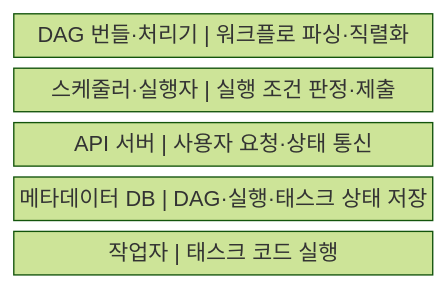
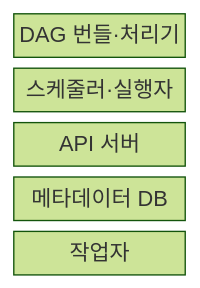
The first of 2 diagrams in src/content/docs/notes/03-software/139_data_pipeline_orchestration.md (agnusdei1207/knowledge-base), drawn with Mermaid (forest theme) before and after one commit. The commit also changed other lines of this file and 238 other files, not shown here.

````diff
--- a/src/content/docs/notes/03-software/139_data_pipeline_orchestration.md
+++ b/src/content/docs/notes/03-software/139_data_pipeline_orchestration.md
@@ -63,9 +63,9 @@
 ```mermaid
-block
+block-beta
     columns 1
-    A["DAG 번들·처리기 | 워크플로 파싱·직렬화"]
-    B["스케줄러·실행자 | 실행 조건 판정·제출"]
-    C["API 서버 | 사용자 요청·상태 통신"]
-    D["메타데이터 DB | DAG·실행·태스크 상태 저장"]
-    E["작업자 | 태스크 코드 실행"]
+    A["DAG 번들·처리기"]
+    B["스케줄러·실행자"]
+    C["API 서버"]
+    D["메타데이터 DB"]
+    E["작업자"]
 ```
````
